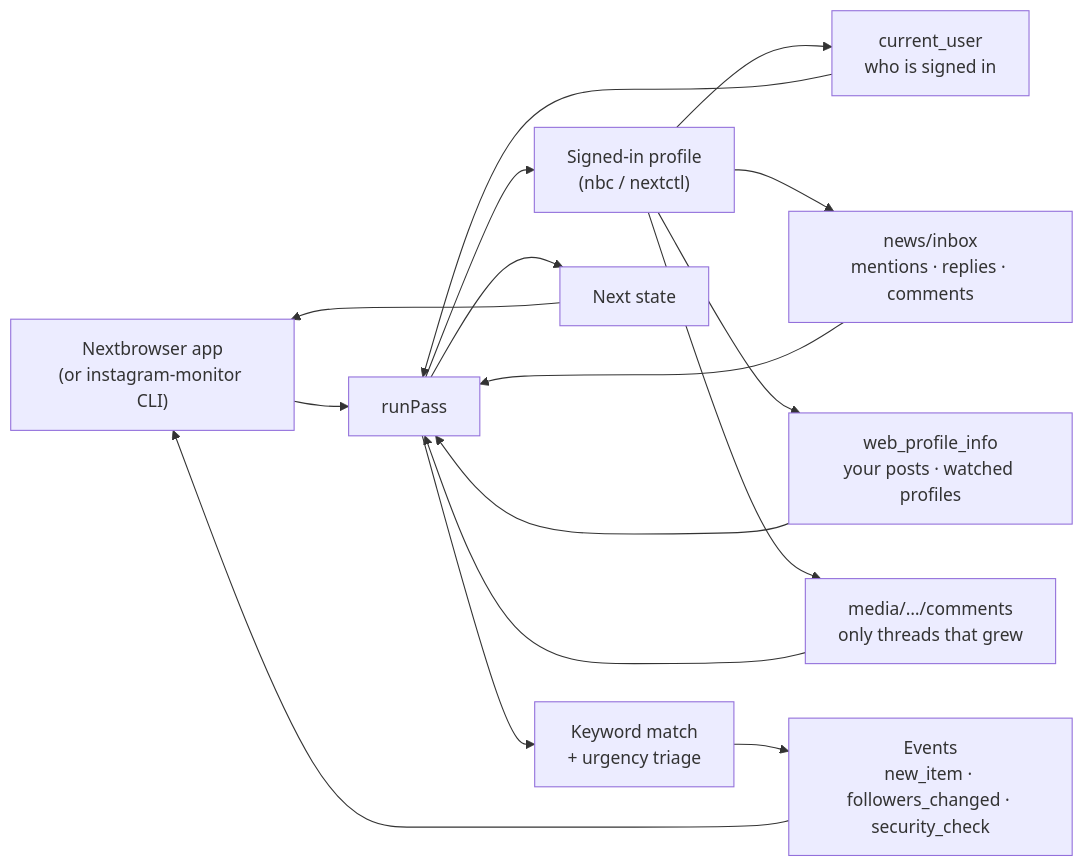
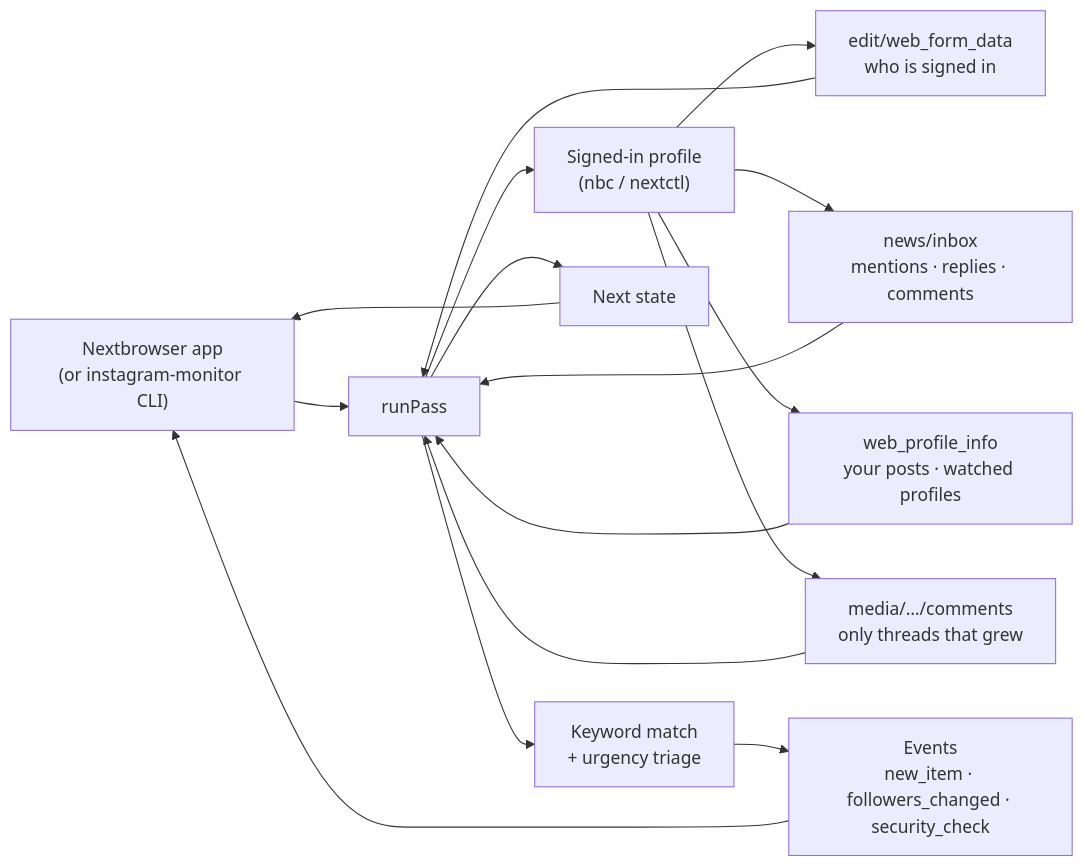
One commit to nextbrowser-oss/nextbrowser-instagram-monitoring changed the diagram in README.md. Above: the diagram before and after it, drawn with Mermaid. The commit also changed 6 other files, not shown here.

First line of the commit message:
fix: read the signed-in account from the edit form data

````diff
--- a/README.md
+++ b/README.md
@@ -159,18 +159,18 @@
 ```mermaid
 flowchart LR
   App["Nextbrowser app<br/>(or instagram-monitor CLI)"] --> Pass["runPass"]
   Pass --> Browser["Signed-in profile<br/>(nbc / nextctl)"]
-  Browser --> Me["current_user<br/>who is signed in"]
+  Browser --> Me["edit/web_form_data<br/>who is signed in"]
   Browser --> Activity["news/inbox<br/>mentions · replies · comments"]
   Browser --> Profiles["web_profile_info<br/>your posts · watched profiles"]
   Browser --> Threads["media/…/comments<br/>only threads that grew"]
   Me --> Pass
   Activity --> Pass
   Profiles --> Pass
   Threads --> Pass
   Pass --> Triage["Keyword match<br/>+ urgency triage"]
   Triage --> Events["Events<br/>new_item · followers_changed · security_check"]
   Pass --> State["Next state"]
   Events --> App
   State --> App
 ```
````
